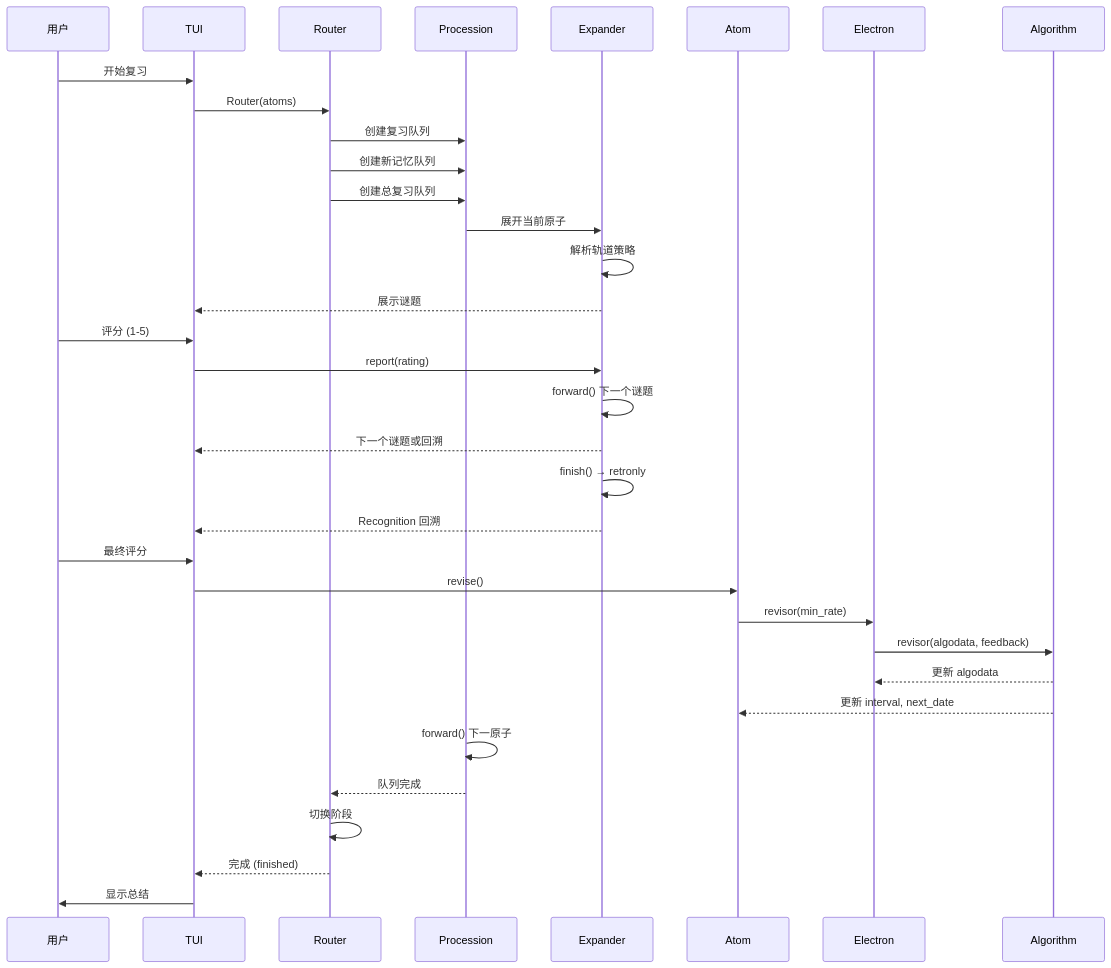
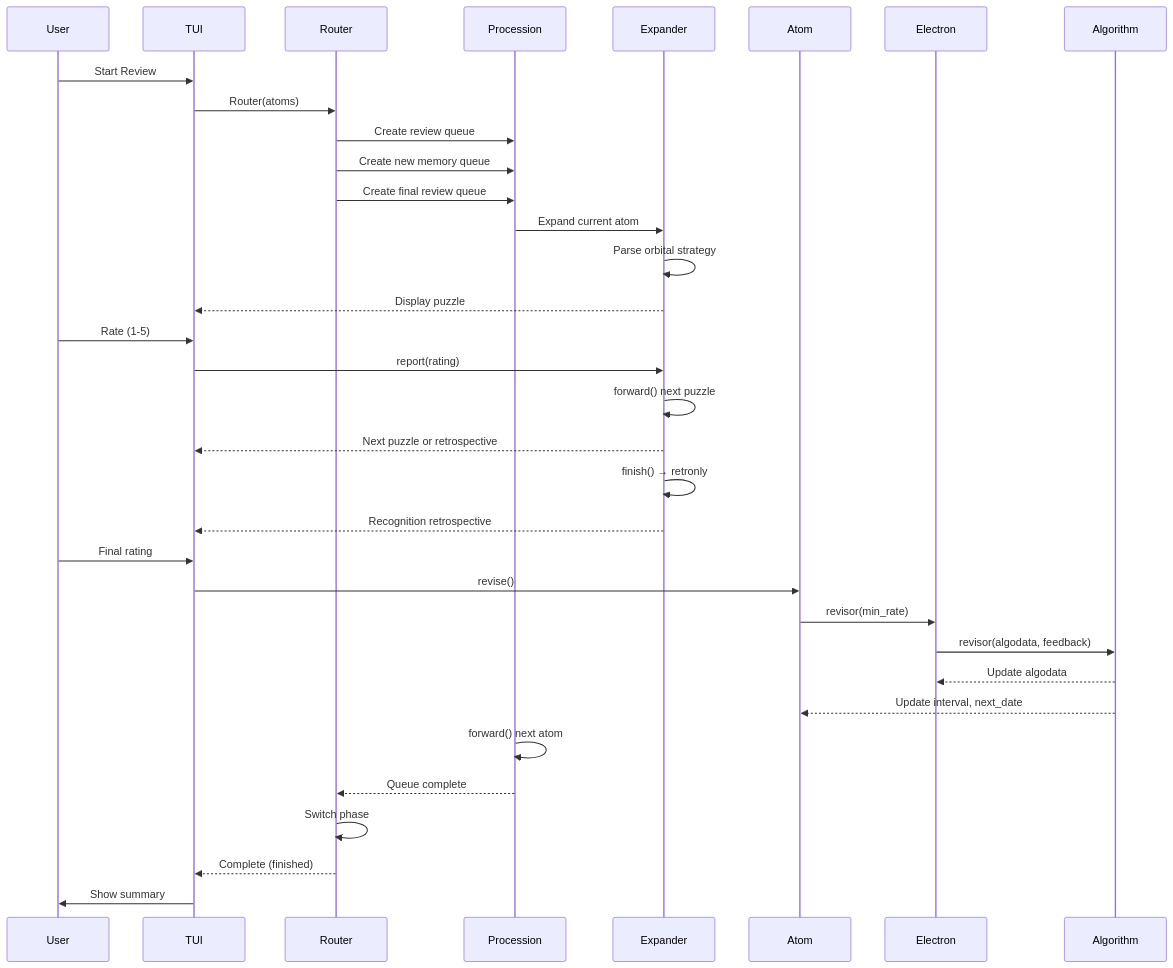
The fifth of 5 diagrams in ARCHITECTURE.md (pluvium27/HeurAMS), drawn with Mermaid before and after one commit. The commit also changed other lines of this file and 13 other files, not shown here.

````diff
--- a/ARCHITECTURE.md
+++ b/ARCHITECTURE.md
@@ -402,37 +402,37 @@
 ```mermaid
 sequenceDiagram
-    participant User as 用户
+    participant User as User
     participant UI as TUI
     participant Router as Router
     participant Procession as Procession
     participant Expander as Expander
     participant Atom as Atom
     participant Electron as Electron
     participant Algo as Algorithm
 
-    User->>UI: 开始复习
+    User->>UI: Start Review
     UI->>Router: Router(atoms)
-    Router->>Procession: 创建复习队列
-    Router->>Procession: 创建新记忆队列
-    Router->>Procession: 创建总复习队列
-    Procession->>Expander: 展开当前原子
-    Expander->>Expander: 解析轨道策略
-    Expander-->>UI: 展示谜题
-    User->>UI: 评分 (1-5)
+    Router->>Procession: Create review queue
+    Router->>Procession: Create new memory queue
+    Router->>Procession: Create final review queue
+    Procession->>Expander: Expand current atom
+    Expander->>Expander: Parse orbital strategy
+    Expander-->>UI: Display puzzle
+    User->>UI: Rate (1-5)
     UI->>Expander: report(rating)
-    Expander->>Expander: forward() 下一个谜题
-    Expander-->>UI: 下一个谜题或回溯
+    Expander->>Expander: forward() next puzzle
+    Expander-->>UI: Next puzzle or retrospective
     Expander->>Expander: finish() → retronly
-    Expander-->>UI: Recognition 回溯
-    User->>UI: 最终评分
+    Expander-->>UI: Recognition retrospective
+    User->>UI: Final rating
     UI->>Atom: revise()
     Atom->>Electron: revisor(min_rate)
     Electron->>Algo: revisor(algodata, feedback)
-    Algo-->>Electron: 更新 algodata
-    Algo-->>Atom: 更新 interval, next_date
-    Procession->>Procession: forward() 下一原子
-    Procession-->>Router: 队列完成
-    Router->>Router: 切换阶段
-    Router-->>UI: 完成 (finished)
-    UI->>User: 显示总结
+    Algo-->>Electron: Update algodata
+    Algo-->>Atom: Update interval, next_date
+    Procession->>Procession: forward() next atom
+    Procession-->>Router: Queue complete
+    Router->>Router: Switch phase
+    Router-->>UI: Complete (finished)
+    UI->>User: Show summary
 ```
````
